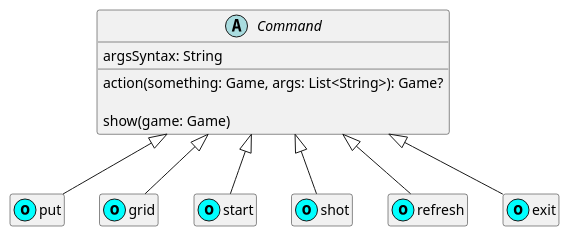
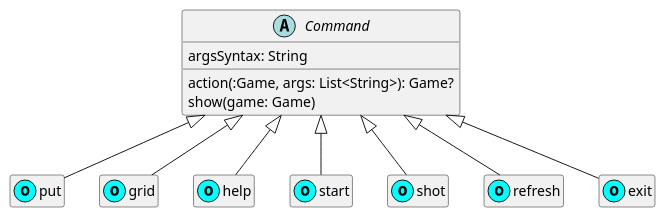
One commit to ISEL-STRESSES/Battleship changed the diagram in src/main/kotlin/battleship/plantUMLs/model/Commands.puml. Above: the diagram before and after it, drawn with PlantUML. The commit also changed 115 other files, not shown here.

```diff
--- a/src/main/kotlin/battleship/plantUMLs/model/Commands.puml
+++ b/src/main/kotlin/battleship/plantUMLs/model/Commands.puml
@@ -1,24 +1,25 @@
 @startuml
 
 hide empty members
 
 abstract class Command {
   argsSyntax: String
-  action(something: Game, args: List<String>): Game?
-
+  action(:Game, args: List<String>): Game?
   show(game: Game)
 }
 
 class put << (o,cyan) >> extends Command
 
 class grid << (o,cyan) >> extends Command
+
+class help << (o,cyan) >> extends Command
 
 class start << (o,cyan) >> extends Command
 
 class shot << (o,cyan) >> extends Command
 
 class refresh << (o,cyan) >> extends Command
 
 class exit << (o,cyan) >> extends Command
 
 @enduml
```
